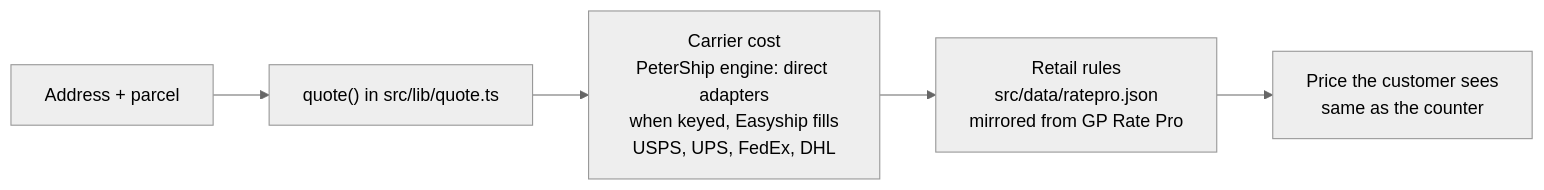
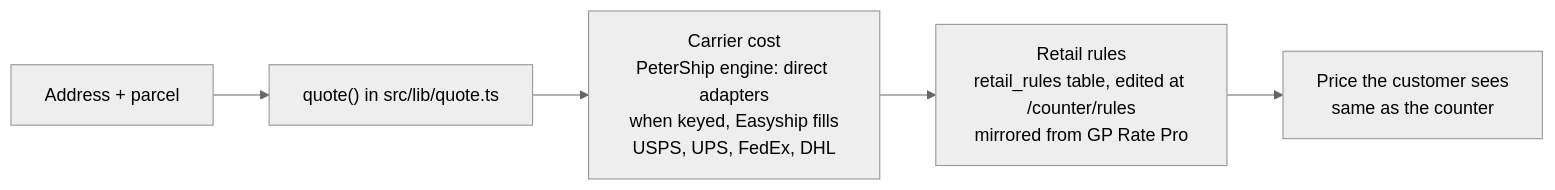
One commit to wbp318/goin-postal-forsythe changed the third of 5 diagrams in site/README.md. Above: the diagram before and after it, drawn with Mermaid (neutral theme). The commit also changed other lines of this file and 13 other files, not shown here.

````diff
--- a/site/README.md
+++ b/site/README.md
@@ -96,7 +98,7 @@
 ```mermaid
 flowchart LR
   A["Address + parcel"] --> Q["quote() in src/lib/quote.ts"]
   Q --> C["Carrier cost<br/>PeterShip engine: direct adapters<br/>when keyed, Easyship fills<br/>USPS, UPS, FedEx, DHL"]
-  C --> P["Retail rules<br/>src/data/ratepro.json<br/>mirrored from GP Rate Pro"]
+  C --> P["Retail rules<br/>retail_rules table, edited at /counter/rules<br/>mirrored from GP Rate Pro"]
   P --> R["Price the customer sees<br/>same as the counter"]
 ```
````
